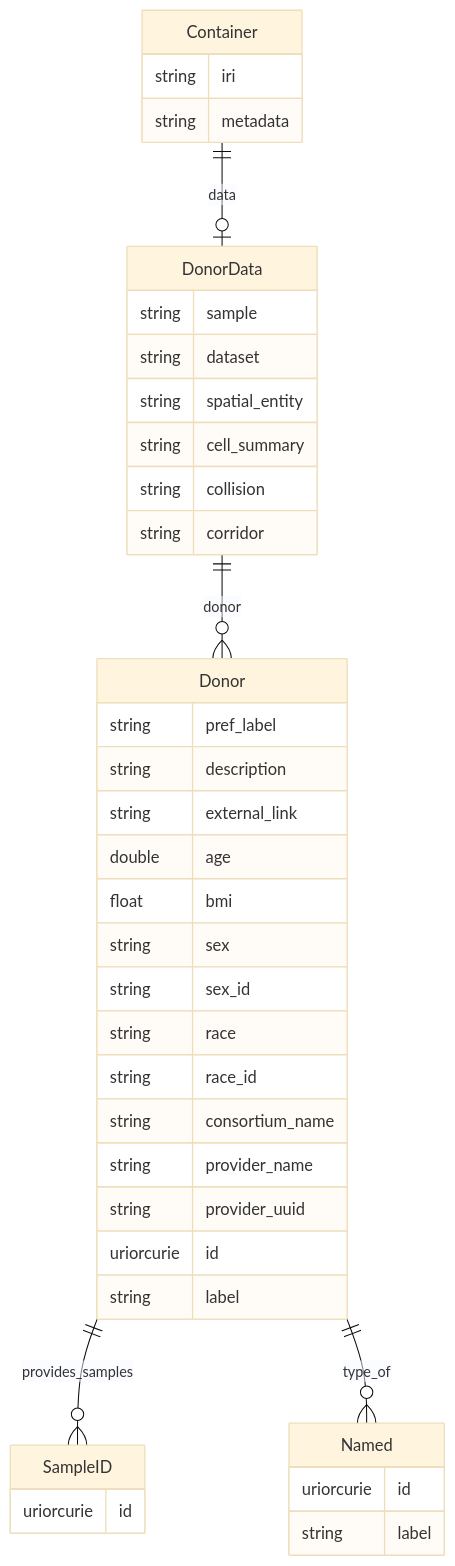
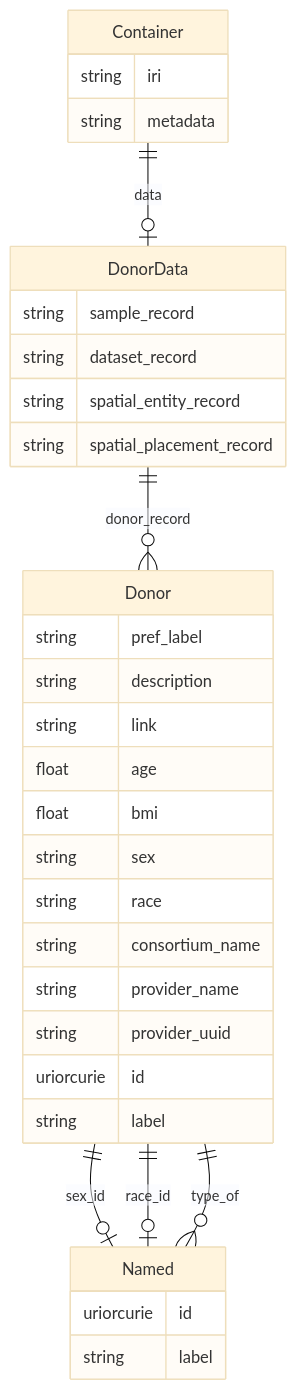
One commit to hubmapconsortium/hra-do-processor changed the tenth of 20 diagrams in er-diagrams.md. Above: the diagram before and after it, drawn with Mermaid (base theme). The commit also changed other lines of this file and 21 other files, not shown here.

Commit message:
Regenerating ER diagrams

````diff
--- a/er-diagrams.md
+++ b/er-diagrams.md
@@ -460,44 +785,38 @@
 ```mermaid
 erDiagram
 Container {
     string iri  
     string metadata  
 }
 DonorData {
-    string sample  
-    string dataset  
-    string spatial_entity  
-    string cell_summary  
-    string collision  
-    string corridor  
+    string sample_record  
+    string dataset_record  
+    string spatial_entity_record  
+    string spatial_placement_record  
 }
 Donor {
     string pref_label  
     string description  
-    string external_link  
-    double age  
+    string link  
+    float age  
     float bmi  
     string sex  
-    string sex_id  
     string race  
-    string race_id  
     string consortium_name  
     string provider_name  
     string provider_uuid  
     uriorcurie id  
     string label  
 }
 Named {
     uriorcurie id  
     string label  
 }
-SampleID {
-    uriorcurie id  
-}
 
 Container ||--|o DonorData : "data"
-DonorData ||--}o Donor : "donor"
-Donor ||--}o SampleID : "provides_samples"
+DonorData ||--}o Donor : "donor_record"
+Donor ||--|o Named : "sex_id"
+Donor ||--|o Named : "race_id"
 Donor ||--}o Named : "type_of"
 
 ```
````
